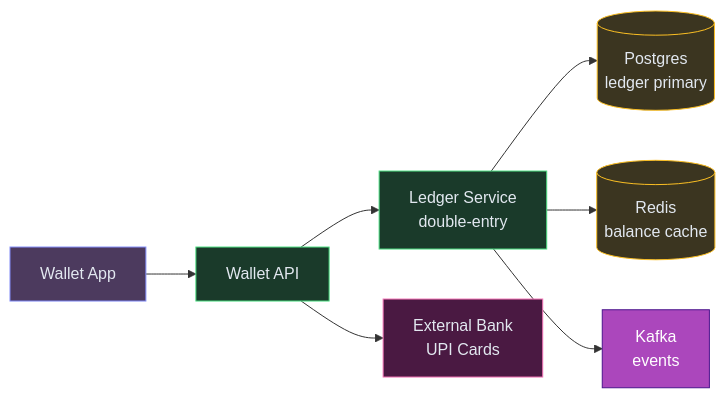
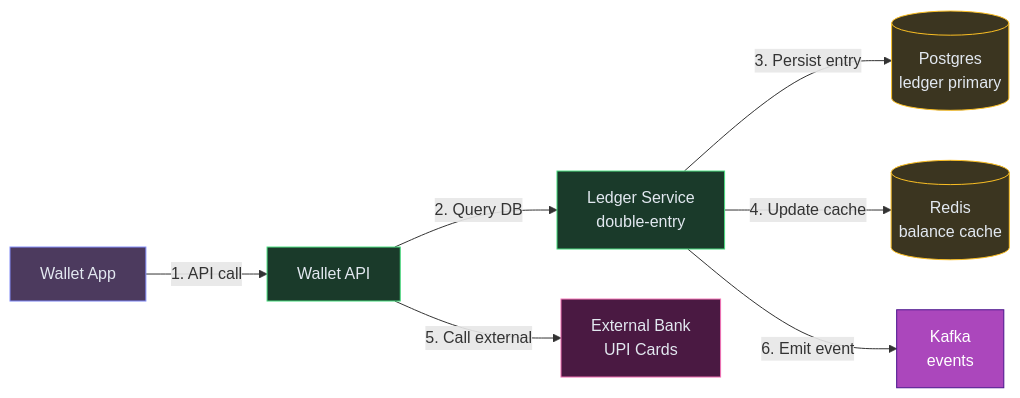
The first of 10 diagrams in content/hld/DigitalWallet.md (iluzn/HLD-Designs), drawn with Mermaid before and after one commit. The commit also changed other lines of this file and 27 other files, not shown here.

````diff
--- a/content/hld/DigitalWallet.md
+++ b/content/hld/DigitalWallet.md
@@ -19,23 +19,23 @@
 ```mermaid
 flowchart LR
     APP["Wallet App"]:::client
     API["Wallet API"]:::service
     LEDGER["Ledger Service<br/>double-entry"]:::service
     DB[("Postgres<br/>ledger primary")]:::data
     CACHE[("Redis<br/>balance cache")]:::data
     BANK["External Bank<br/>UPI Cards"]:::external
     K["Kafka<br/>events"]:::async
 
-    APP --> API
-    API --> LEDGER
-    LEDGER --> DB
-    LEDGER --> CACHE
-    API --> BANK
-    LEDGER --> K
+    APP -->|"1. API call"| API
+    API -->|"2. Query DB"| LEDGER
+    LEDGER -->|"3. Persist entry"| DB
+    LEDGER -->|"4. Update cache"| CACHE
+    API -->|"5. Call external"| BANK
+    LEDGER -->|"6. Emit event"| K
 
     classDef client fill:#4c3a5e,stroke:#818cf8,color:#e2e8f0
     classDef service fill:#1a3a2a,stroke:#4ade80,color:#e2e8f0
     classDef async fill:#AB47BC,stroke:#4A148C,color:#fff
     classDef data fill:#3b3520,stroke:#fbbf24,color:#e2e8f0
     classDef external fill:#4a1942,stroke:#f472b6,color:#e2e8f0
 ```
````
